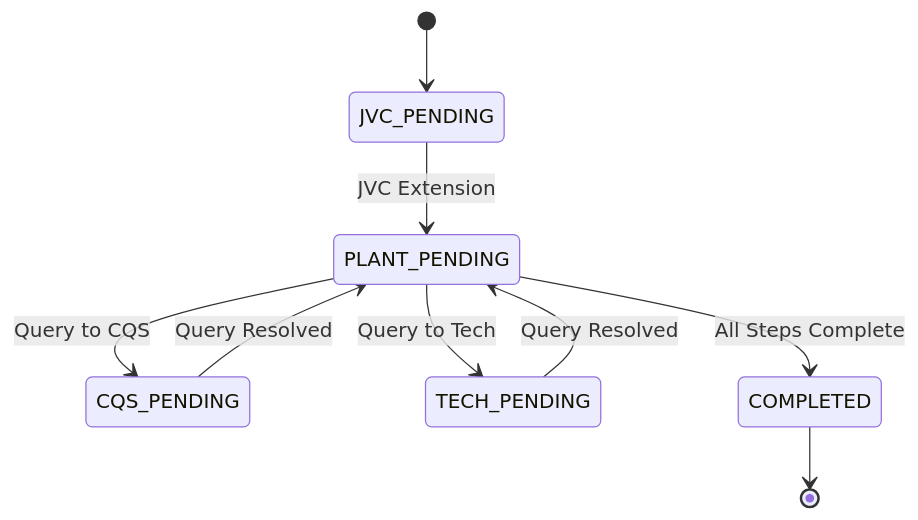
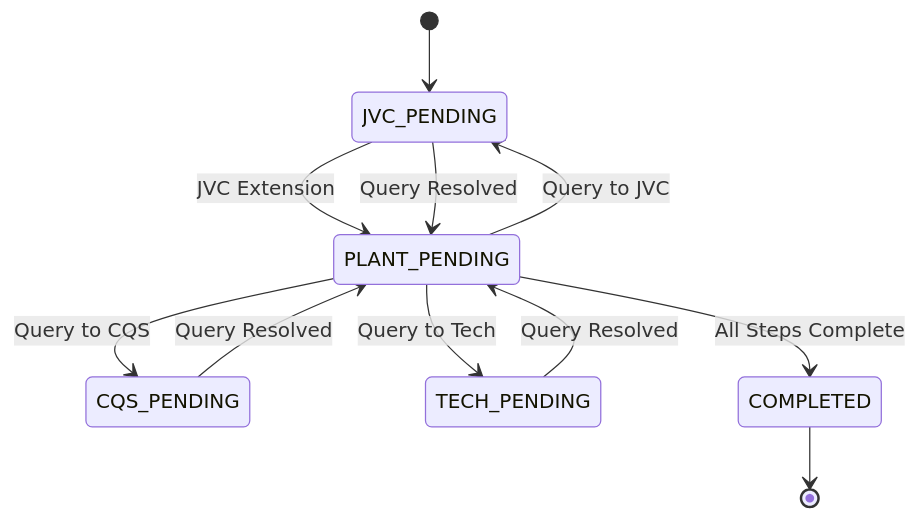
Before and after one commit to Dinesh-Das/qrmfg: the second of 3 diagrams in .kiro/specs/msds-workflow-automation/design.md, drawn with Mermaid. The commit also changed other lines of this file and 149 other files, not shown here.

````diff
--- a/.kiro/specs/msds-workflow-automation/design.md
+++ b/.kiro/specs/msds-workflow-automation/design.md
@@ -53,11 +65,13 @@
 ```mermaid
 stateDiagram-v2
     [*] --> JVC_PENDING
     JVC_PENDING --> PLANT_PENDING : JVC Extension
     PLANT_PENDING --> CQS_PENDING : Query to CQS
     PLANT_PENDING --> TECH_PENDING : Query to Tech
+    PLANT_PENDING --> JVC_PENDING : Query to JVC
     CQS_PENDING --> PLANT_PENDING : Query Resolved
     TECH_PENDING --> PLANT_PENDING : Query Resolved
+    JVC_PENDING --> PLANT_PENDING : Query Resolved
     PLANT_PENDING --> COMPLETED : All Steps Complete
     COMPLETED --> [*]
 ```
````
